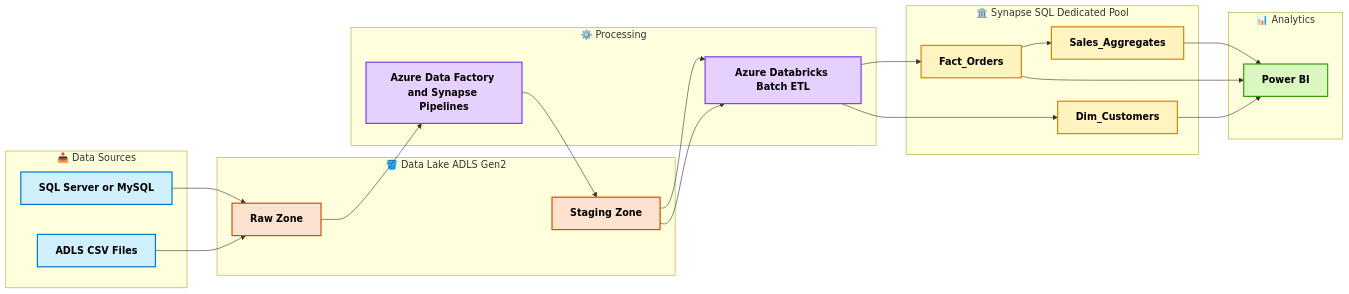
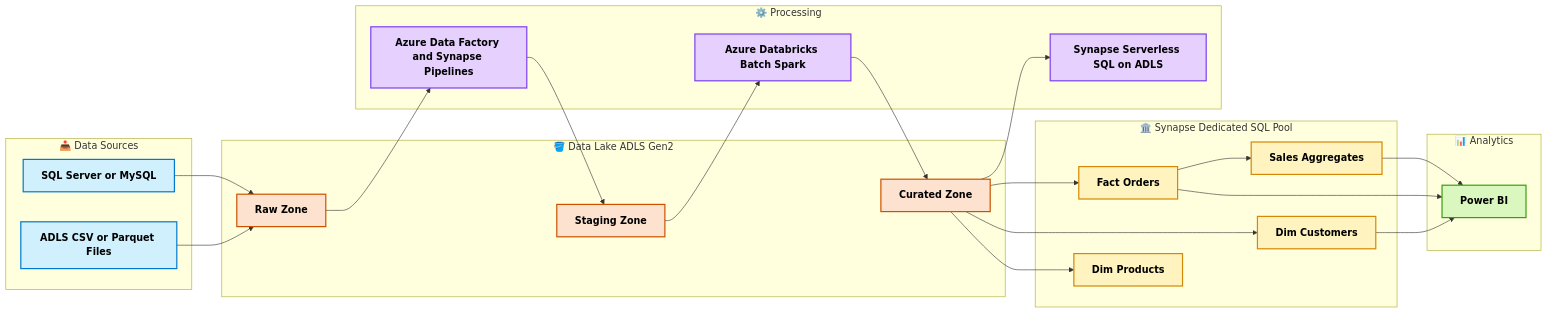
One commit to blaire101/DE2-AWS-Azure-GCP-2025 changed the first of 9 diagrams in Azure-DE-QA.md. Above: the diagram before and after it, drawn with Mermaid. The commit also changed other lines of this file, not shown here.

````diff
--- a/Azure-DE-QA.md
+++ b/Azure-DE-QA.md
@@ -3,43 +3,52 @@
 ```mermaid
 flowchart LR
+    %% ===== Styles =====
     classDef src fill:#d0f0fd,stroke:#007acc,stroke-width:2px,color:#000,font-weight:bold
     classDef lake fill:#fde2d0,stroke:#cc5200,stroke-width:2px,color:#000,font-weight:bold
     classDef etl fill:#e6d0fd,stroke:#7e3ff2,stroke-width:2px,color:#000,font-weight:bold
     classDef wh fill:#fff3bf,stroke:#d48806,stroke-width:2px,color:#000,font-weight:bold
     classDef srv fill:#d9f7be,stroke:#389e0d,stroke-width:2px,color:#000,font-weight:bold
 
+    %% ===== Layers =====
     subgraph Source["📥 Data Sources"]
         DB[SQL Server or MySQL]:::src
-        CSV[ADLS CSV Files]:::src
+        CSV[ADLS CSV or Parquet Files]:::src
     end
 
     subgraph Lake["🪣 Data Lake ADLS Gen2"]
         RAW[Raw Zone]:::lake
         STG[Staging Zone]:::lake
+        CUR[Curated Zone]:::lake
     end
 
     subgraph ETL["⚙️ Processing"]
         ADF[Azure Data Factory and Synapse Pipelines]:::etl
-        DBX[Azure Databricks Batch ETL]:::etl
+        DBX[Azure Databricks Batch Spark]:::etl
+        SVS[Synapse Serverless SQL on ADLS]:::etl
     end
 
-    subgraph Warehouse["🏛️ Synapse SQL Dedicated Pool"]
-        FACT[Fact_Orders]:::wh
-        DIM[Dim_Customers]:::wh
-        AGG[Sales_Aggregates]:::wh
+    subgraph Warehouse["🏛️ Synapse Dedicated SQL Pool"]
+        FACT[Fact Orders]:::wh
+        DIMC[Dim Customers]:::wh
+        DIMP[Dim Products]:::wh
+        AGG[Sales Aggregates]:::wh
     end
 
     subgraph Serving["📊 Analytics"]
         PBI[Power BI]:::srv
     end
 
+    %% ===== Flows =====
     DB --> RAW
     CSV --> RAW
     RAW --> ADF --> STG
-    STG --> DBX --> FACT
-    STG --> DBX --> DIM
+    STG --> DBX --> CUR
+    CUR --> SVS
+    CUR --> FACT
+    CUR --> DIMC
+    CUR --> DIMP
     FACT --> AGG
     FACT --> PBI
-    DIM --> PBI
+    DIMC --> PBI
     AGG --> PBI
 ```
````
